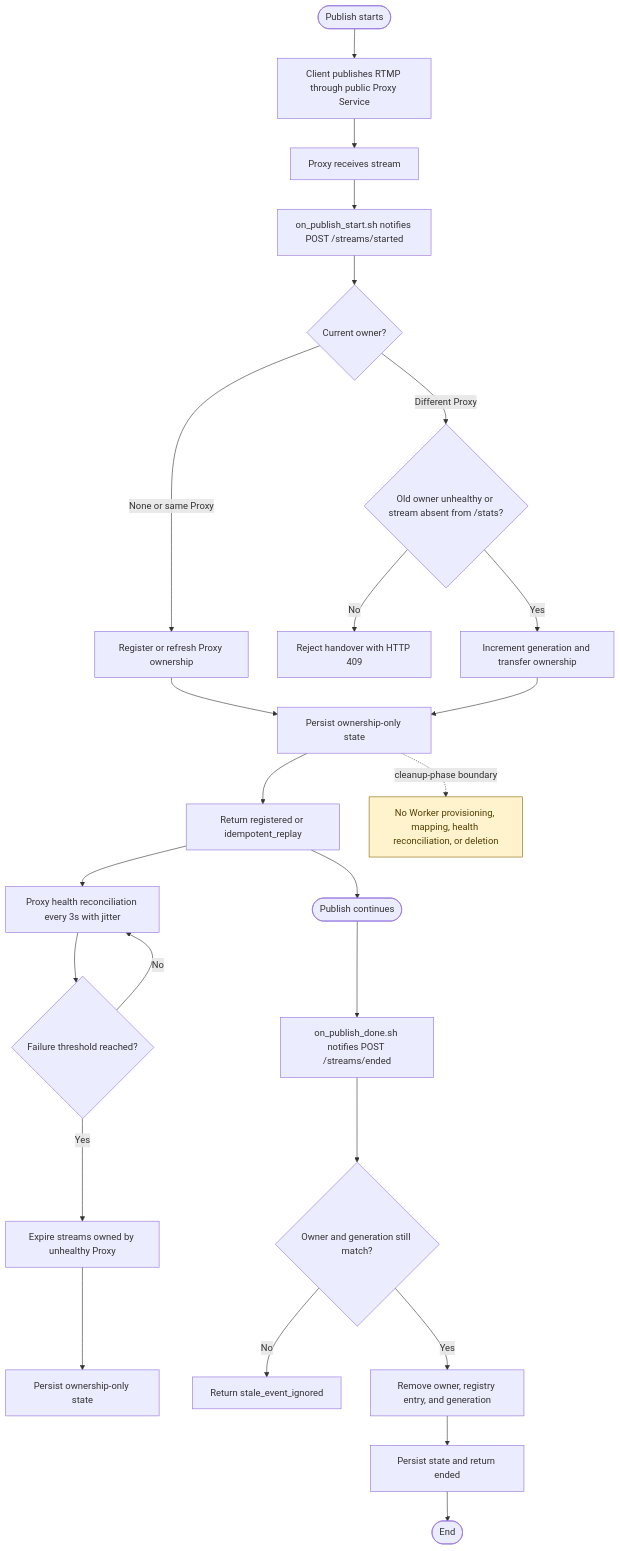
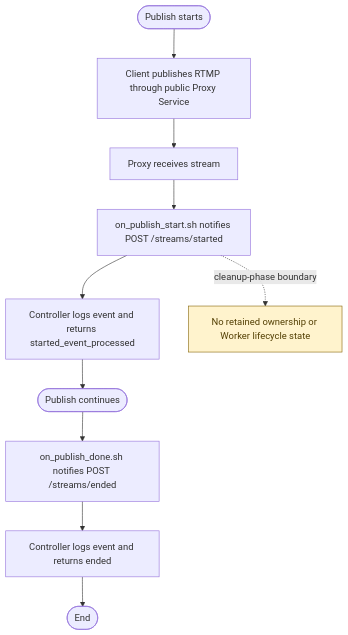
The diagram in diagrams/activity-flow.mmd (JadsonLucena/LiveEdgeCast), drawn with Mermaid before and after one commit. The commit also changed 10 other files, not shown here.

```diff
--- a/diagrams/activity-flow.mmd
+++ b/diagrams/activity-flow.mmd
@@ -1,30 +1,13 @@
 flowchart TD
     A([Publish starts]) --> B[Client publishes RTMP through public Proxy Service]
     B --> C[Proxy receives stream]
     C --> D[on_publish_start.sh notifies POST /streams/started]
-    D --> E{Current owner?}
-    E -->|None or same Proxy| F[Register or refresh Proxy ownership]
-    E -->|Different Proxy| G{Old owner unhealthy or stream absent from /stats?}
-    G -->|No| H[Reject handover with HTTP 409]
-    G -->|Yes| I[Increment generation and transfer ownership]
-    F --> J[Persist ownership-only state]
-    I --> J
-    J --> K[Return registered or idempotent_replay]
+    D --> E[Controller logs event and returns started_event_processed]
+    E --> F([Publish continues])
+    F --> G[on_publish_done.sh notifies POST /streams/ended]
+    G --> H[Controller logs event and returns ended]
+    H --> I([End])
 
-    K --> L[Proxy health reconciliation every 3s with jitter]
-    L --> M{Failure threshold reached?}
-    M -->|No| L
-    M -->|Yes| N[Expire streams owned by unhealthy Proxy]
-    N --> O[Persist ownership-only state]
-
-    K --> P([Publish continues])
-    P --> Q[on_publish_done.sh notifies POST /streams/ended]
-    Q --> R{Owner and generation still match?}
-    R -->|No| S[Return stale_event_ignored]
-    R -->|Yes| T[Remove owner, registry entry, and generation]
-    T --> U[Persist state and return ended]
-    U --> V([End])
-
-    W[No Worker provisioning, mapping, health reconciliation, or deletion]:::note
-    J -. cleanup-phase boundary .-> W
+    W[No retained ownership or Worker lifecycle state]:::note
+    D -. cleanup-phase boundary .-> W
     classDef note fill:#fff3cd,stroke:#856404,color:#533f03
```
